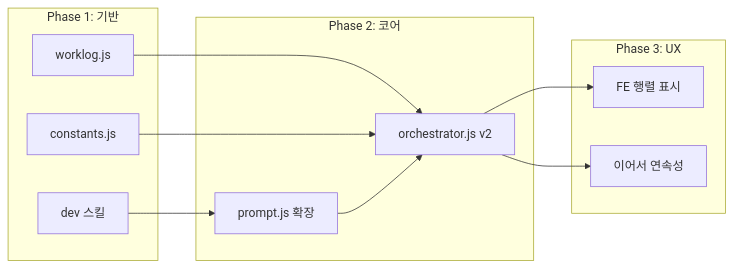
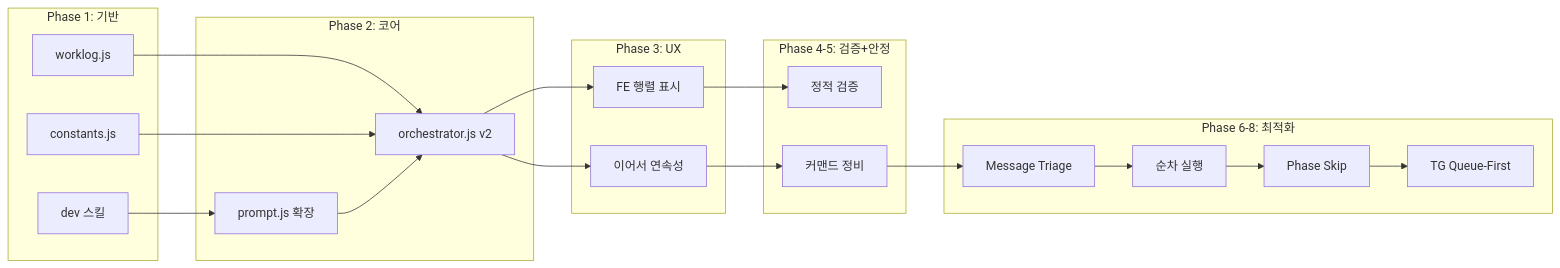
The second of 2 diagrams in devlog/260224_orch/workflow_v2.md (lidge-jun/cli-jaw), drawn with Mermaid before and after one commit. The commit also changed other lines of this file and 6 other files, not shown here.

````diff
--- a/devlog/260224_orch/workflow_v2.md
+++ b/devlog/260224_orch/workflow_v2.md
@@ -270,25 +275,43 @@
 ```mermaid
 graph LR
     subgraph "Phase 1: 기반"
         W["worklog.js"]
         D["dev 스킬"]
         C["constants.js"]
     end
 
     subgraph "Phase 2: 코어"
         O["orchestrator.js v2"]
         P["prompt.js 확장"]
     end
 
     subgraph "Phase 3: UX"
         F["FE 행렬 표시"]
         R["이어서 연속성"]
     end
 
+    subgraph "Phase 4-5: 검증+안정"
+        V["정적 검증"]
+        S["커맨드 정비"]
+    end
+
+    subgraph "Phase 6-8: 최적화"
+        T["Message Triage"]
+        SEQ["순차 실행"]
+        SK["Phase Skip"]
+        TG["TG Queue-First"]
+    end
+
     W --> O
     D --> P
     C --> O
     O --> F
     P --> O
     O --> R
+    F --> V
+    R --> S
+    S --> T
+    T --> SEQ
+    SEQ --> SK
+    SK --> TG
 ```
````
